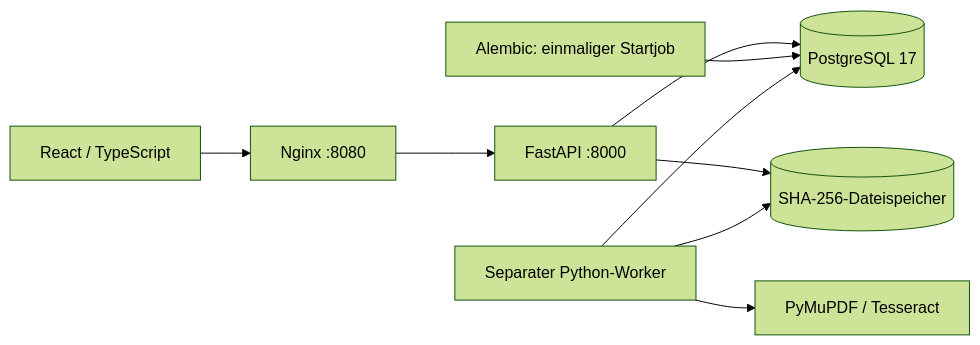
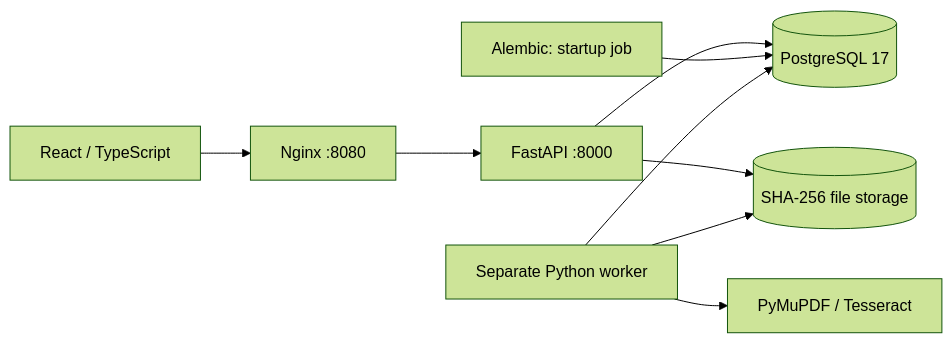
One commit to curoli/traystack changed the diagram in docs/architecture.md. Above: the diagram before and after it, drawn with Mermaid (forest theme). The commit also changed other lines of this file and 8 other files, not shown here.

````diff
--- a/docs/architecture.md
+++ b/docs/architecture.md
@@ -6,11 +6,11 @@
 ```mermaid
 flowchart LR
     Browser[React / TypeScript] --> Web[Nginx :8080]
     Web --> API[FastAPI :8000]
     API --> DB[(PostgreSQL 17)]
-    API --> Blobs[(SHA-256-Dateispeicher)]
-    Migration[Alembic: einmaliger Startjob] --> DB
-    Worker[Separater Python-Worker] --> DB
+    API --> Blobs[(SHA-256 file storage)]
+    Migration[Alembic: startup job] --> DB
+    Worker[Separate Python worker] --> DB
     Worker --> Blobs
     Worker --> Extract[PyMuPDF / Tesseract]
 ```
````
